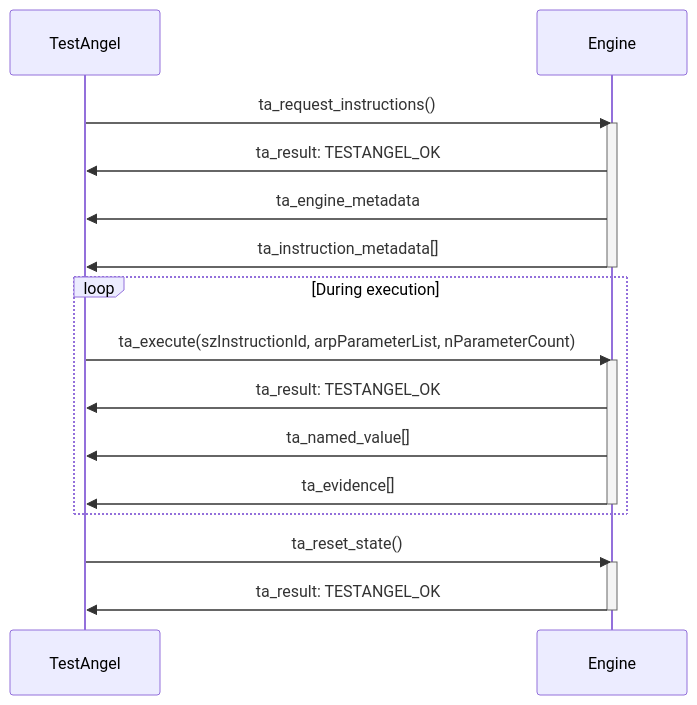
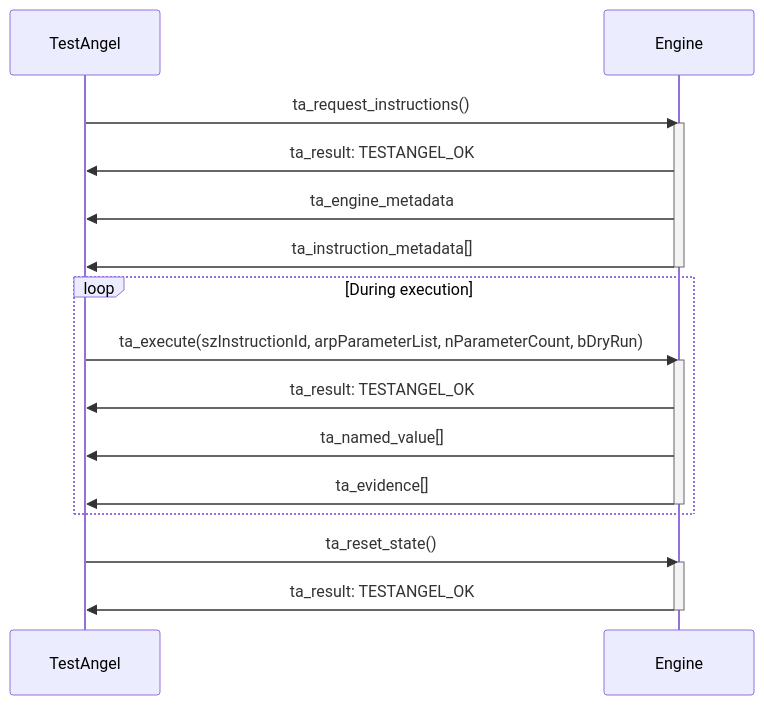
The diagram in README.md (lilopkins/testangel), drawn with Mermaid before and after one commit. The commit also changed 4 other files, not shown here.

````diff
--- a/README.md
+++ b/README.md
@@ -55,23 +55,23 @@
 ```mermaid
 sequenceDiagram
     TestAngel->>Engine: ta_request_instructions()
     activate Engine
     Engine->>TestAngel: ta_result: TESTANGEL_OK
     Engine->>TestAngel: ta_engine_metadata
     Engine->>TestAngel: ta_instruction_metadata[]
     deactivate Engine
 
     loop During execution
-        TestAngel->>Engine: ta_execute(szInstructionId, arpParameterList, nParameterCount)
+        TestAngel->>Engine: ta_execute(szInstructionId, arpParameterList, nParameterCount, bDryRun)
         activate Engine
         Engine->>TestAngel: ta_result: TESTANGEL_OK
         Engine->>TestAngel: ta_named_value[]
         Engine->>TestAngel: ta_evidence[]
         deactivate Engine
     end
 
     TestAngel->>Engine: ta_reset_state()
     activate Engine
     Engine->>TestAngel: ta_result: TESTANGEL_OK
     deactivate Engine
 ```
````
